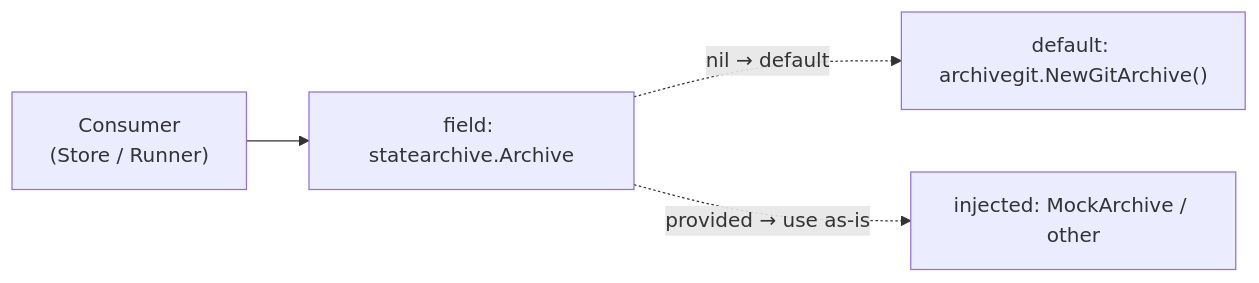
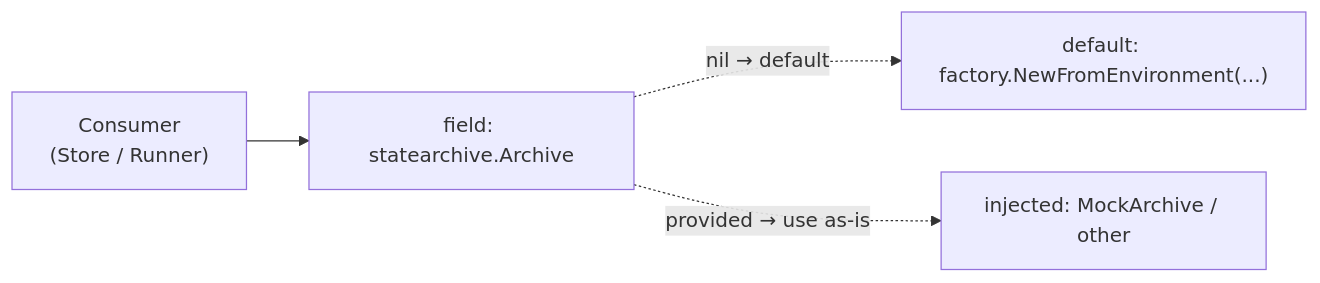
Before and after one commit to radius-project/radius: the third of 3 diagrams in docs/architecture/state-archive.md, drawn with Mermaid. The commit also changed other lines of this file and 13 other files, not shown here.

````diff
--- a/docs/architecture/state-archive.md
+++ b/docs/architecture/state-archive.md
@@ -191,11 +225,11 @@
 ```mermaid
 graph LR
     Consumer["Consumer<br/>(Store / Runner)"]
     Field["field: statearchive.Archive"]
-    Default["default: archivegit.NewGitArchive()"]
+    Default["default: factory.NewFromEnvironment(...)"]
     Inject["injected: MockArchive / other"]
 
     Consumer --> Field
     Field -.->|"nil → default"| Default
     Field -.->|"provided → use as-is"| Inject
 ```
````
